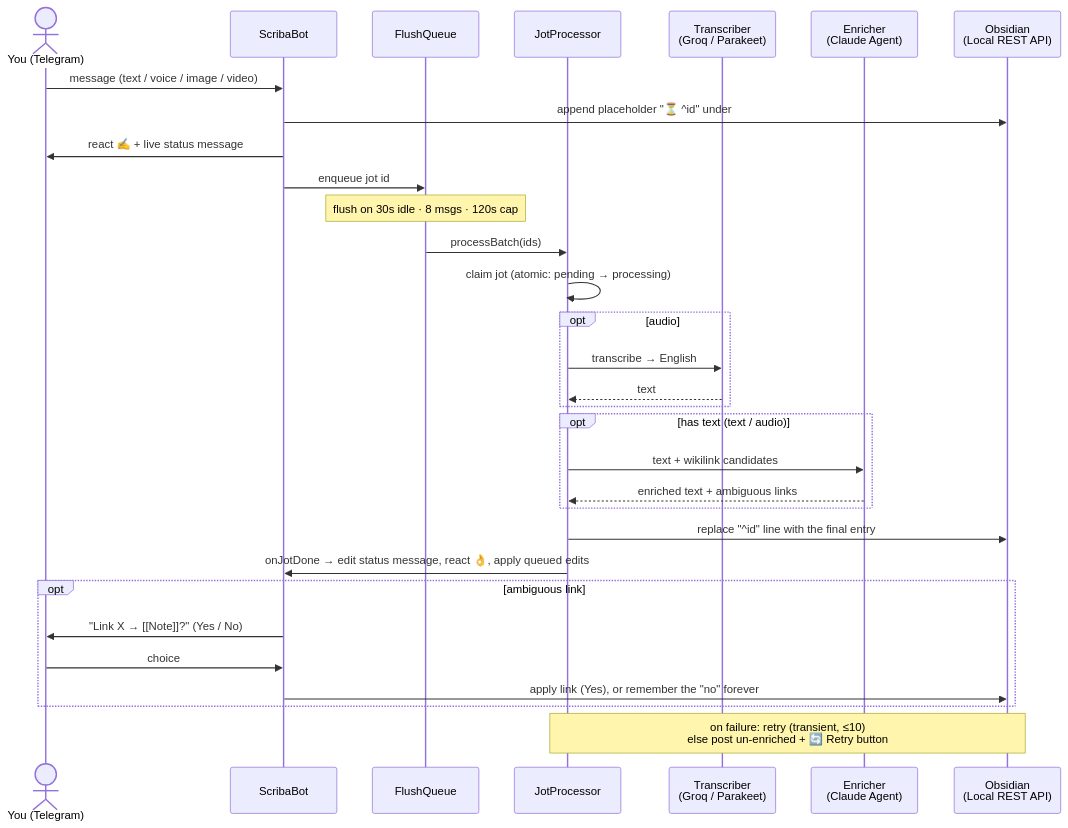
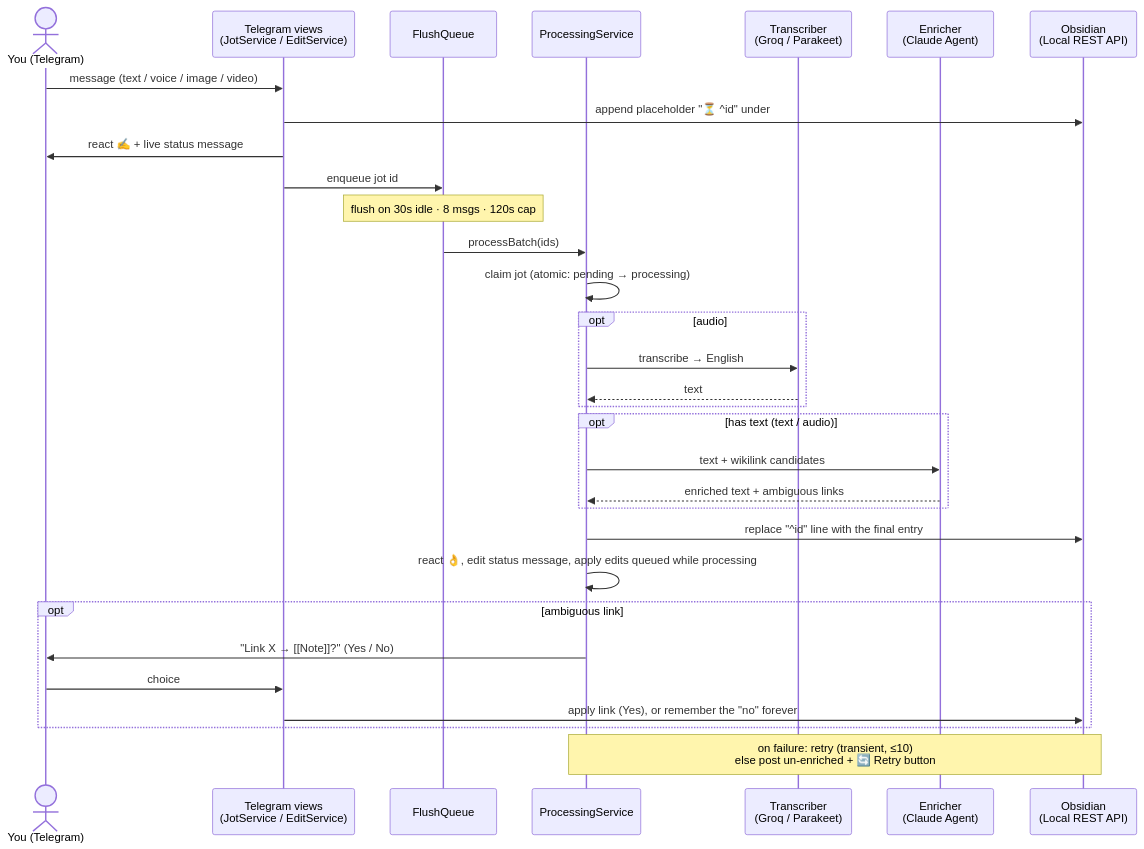
One commit to khaosdoctor/scriba changed the first of 2 diagrams in README.md. Above: the diagram before and after it, drawn with Mermaid. The commit also changed other lines of this file and 270 other files, not shown here.

````diff
--- a/README.md
+++ b/README.md
@@ -63,37 +63,37 @@
 ```mermaid
 sequenceDiagram
     actor U as You (Telegram)
-    participant B as ScribaBot
+    participant B as Telegram views<br/>(JotService / EditService)
     participant Q as FlushQueue
-    participant P as JotProcessor
+    participant P as ProcessingService
     participant T as Transcriber<br/>(Groq / Parakeet)
     participant E as Enricher<br/>(Claude Agent)
     participant O as Obsidian<br/>(Local REST API)
 
     U->>B: message (text / voice / image / video)
     B->>O: append placeholder "⏳ ^id" under ## Journal
     B->>U: react ✍ + live status message
     B->>Q: enqueue jot id
     Note over Q: flush on 30s idle · 8 msgs · 120s cap
 
     Q->>P: processBatch(ids)
     P->>P: claim jot (atomic: pending → processing)
     opt audio
         P->>T: transcribe → English
         T-->>P: text
     end
     opt has text (text / audio)
         P->>E: text + wikilink candidates
         E-->>P: enriched text + ambiguous links
     end
     P->>O: replace "^id" line with the final entry
-    P->>B: onJotDone → edit status message, react 👌, apply queued edits
+    P->>P: react 👌, edit status message, apply edits queued while processing
 
     opt ambiguous link
-        B->>U: "Link X → [[Note]]?" (Yes / No)
+        P->>U: "Link X → [[Note]]?" (Yes / No)
         U->>B: choice
         B->>O: apply link (Yes), or remember the "no" forever
     end
 
     Note over P,O: on failure: retry (transient, ≤10)<br/>else post un-enriched + 🔄 Retry button
 ```
````
